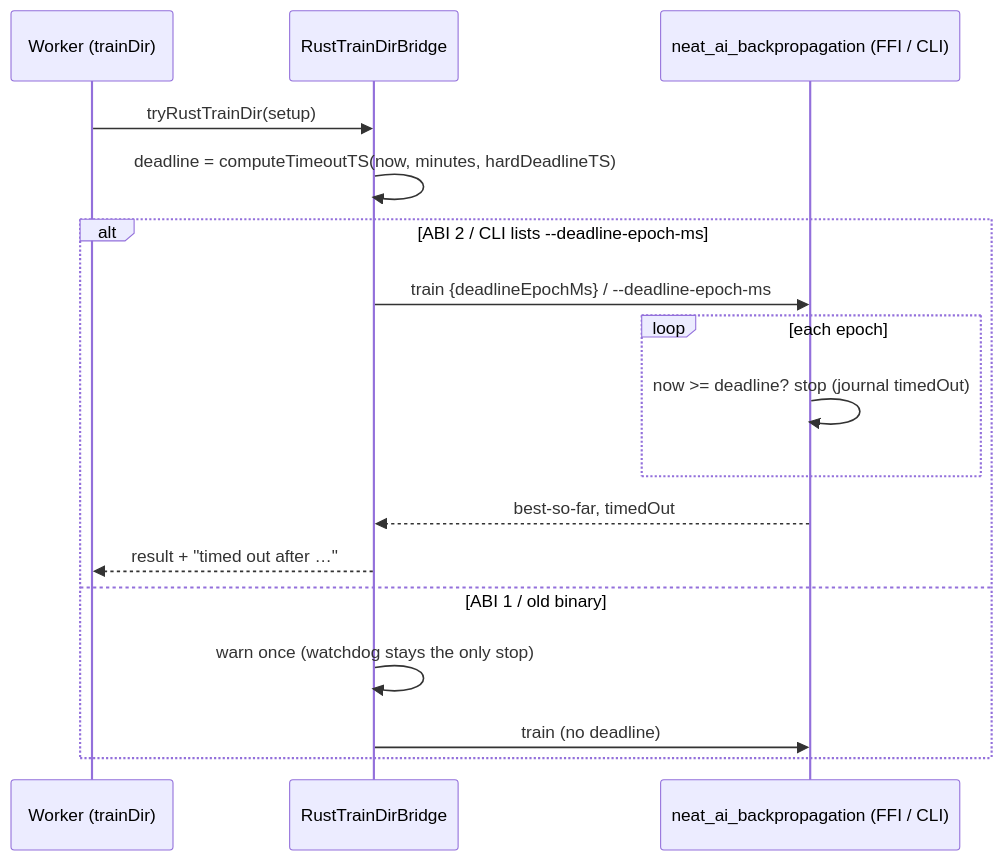
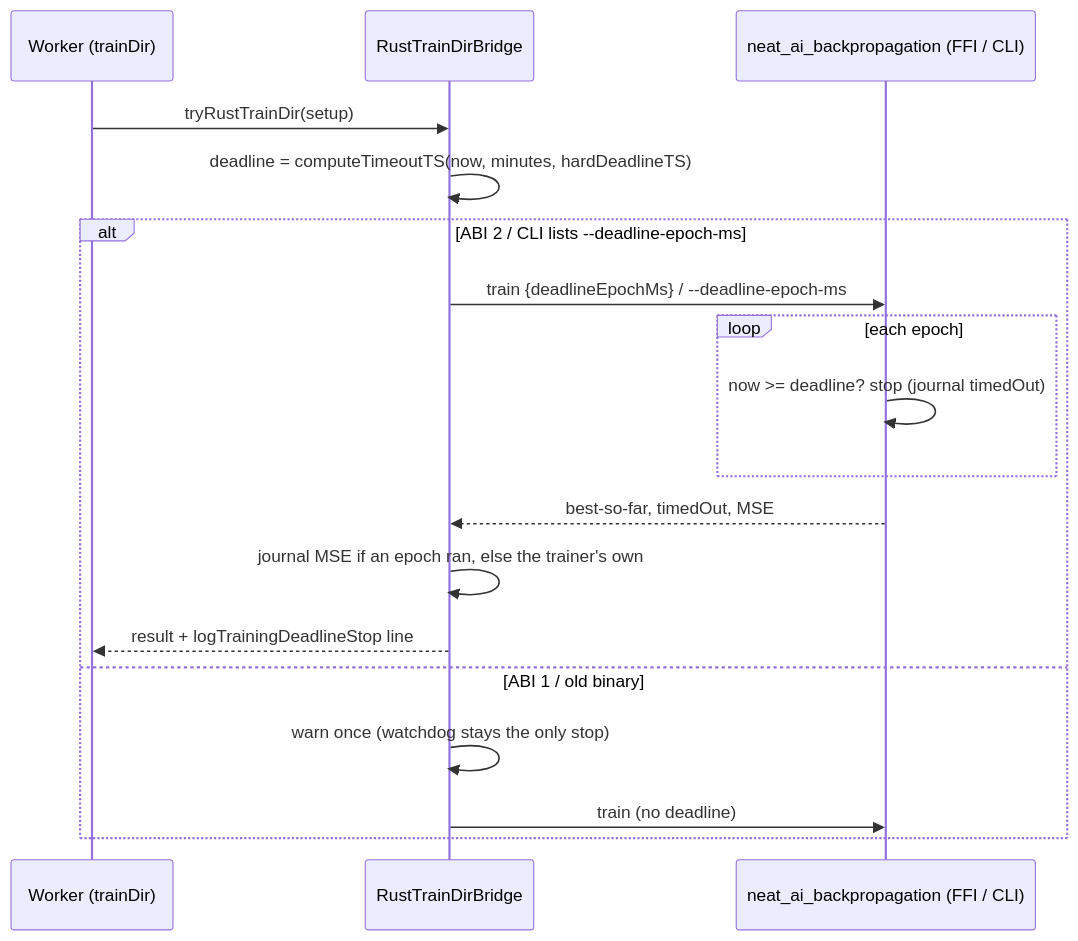
One commit to stSoftwareAU/NEAT-AI changed the diagram in docs/archive/pr-summaries/pr-summary-4073.md. Above: the diagram before and after it, drawn with Mermaid. The commit also changed other lines of this file and 8 other files, not shown here.

First line of the commit message:
Keep a finite error when the deadline stops a native train before epoch 1 (#4073)

````diff
--- a/docs/archive/pr-summaries/pr-summary-4073.md
+++ b/docs/archive/pr-summaries/pr-summary-4073.md
@@ -82,19 +120,20 @@
 ```mermaid
 sequenceDiagram
     participant W as Worker (trainDir)
     participant B as RustTrainDirBridge
     participant N as neat_ai_backpropagation (FFI / CLI)
     W->>B: tryRustTrainDir(setup)
     B->>B: deadline = computeTimeoutTS(now, minutes, hardDeadlineTS)
     alt ABI 2 / CLI lists --deadline-epoch-ms
         B->>N: train {deadlineEpochMs} / --deadline-epoch-ms
         loop each epoch
             N->>N: now >= deadline? stop (journal timedOut)
         end
-        N-->>B: best-so-far, timedOut
-        B-->>W: result + "timed out after …"
+        N-->>B: best-so-far, timedOut, MSE
+        B->>B: journal MSE if an epoch ran, else the trainer's own
+        B-->>W: result + logTrainingDeadlineStop line
     else ABI 1 / old binary
         B->>B: warn once (watchdog stays the only stop)
         B->>N: train (no deadline)
     end
 ```
````
